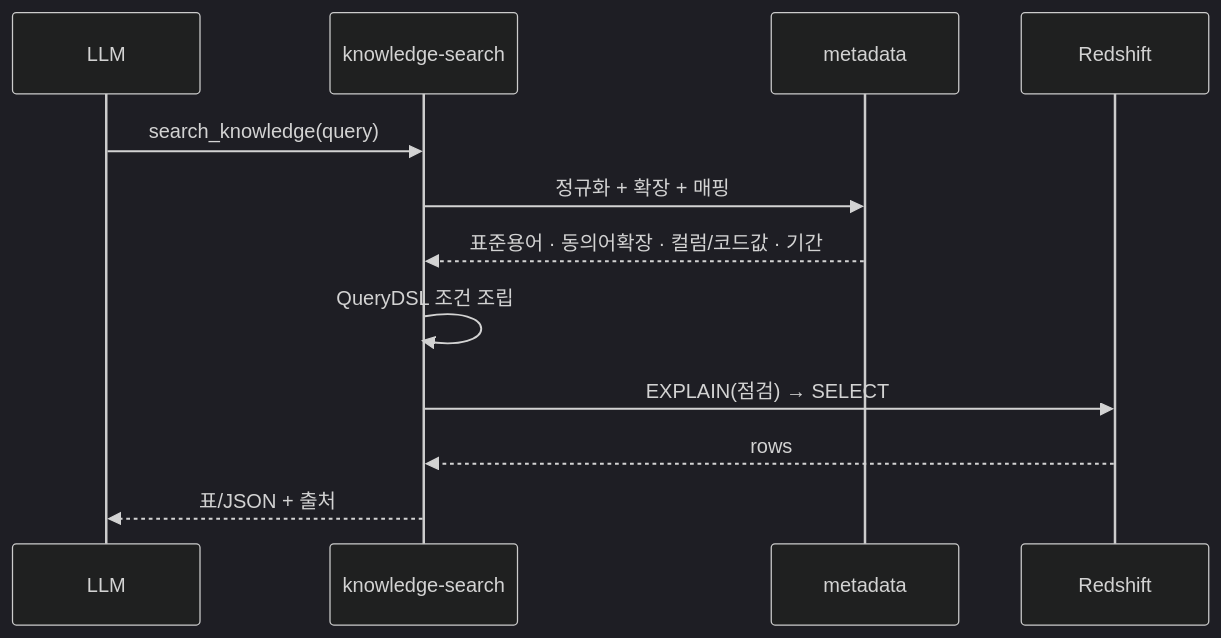
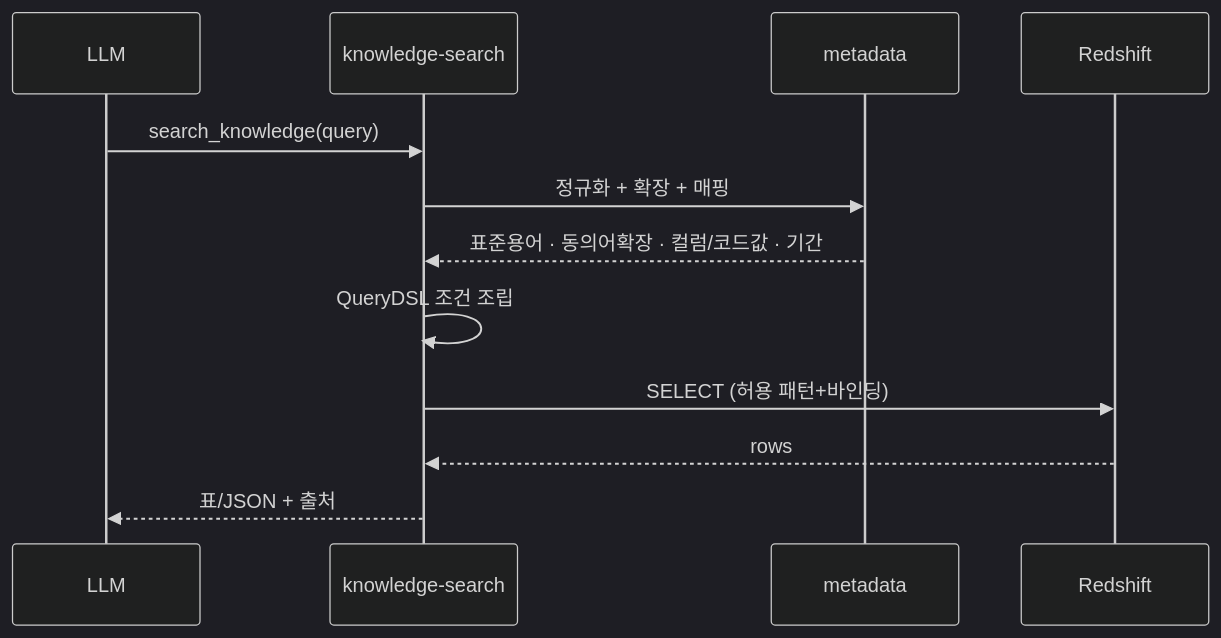
One commit to HongJungWan/knowledge-search changed the second of 2 diagrams in .claude/docs/prd-knowledge-search.md. Above: the diagram before and after it, drawn with Mermaid (dark theme). The commit also changed other lines of this file and 30 other files, not shown here.

````diff
--- a/.claude/docs/prd-knowledge-search.md
+++ b/.claude/docs/prd-knowledge-search.md
@@ -133,14 +135,14 @@
 ```mermaid
 sequenceDiagram
     participant LLM
     participant KS as knowledge-search
     participant META as metadata
     participant RS as Redshift
     LLM->>KS: search_knowledge(query)
     KS->>META: 정규화 + 확장 + 매핑
     META-->>KS: 표준용어 · 동의어확장 · 컬럼/코드값 · 기간
     KS->>KS: QueryDSL 조건 조립
-    KS->>RS: EXPLAIN(점검) → SELECT
+    KS->>RS: SELECT (허용 패턴+바인딩)
     RS-->>KS: rows
     KS-->>LLM: 표/JSON + 출처
 ```
````
